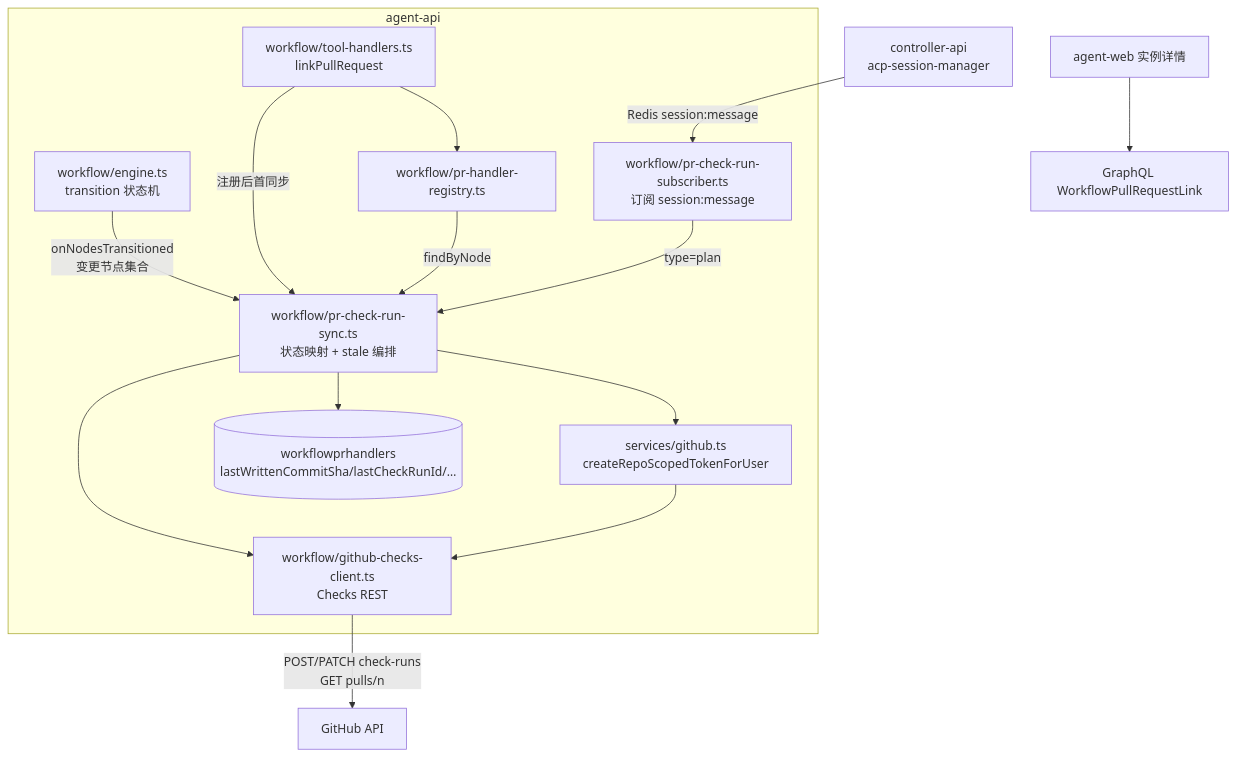
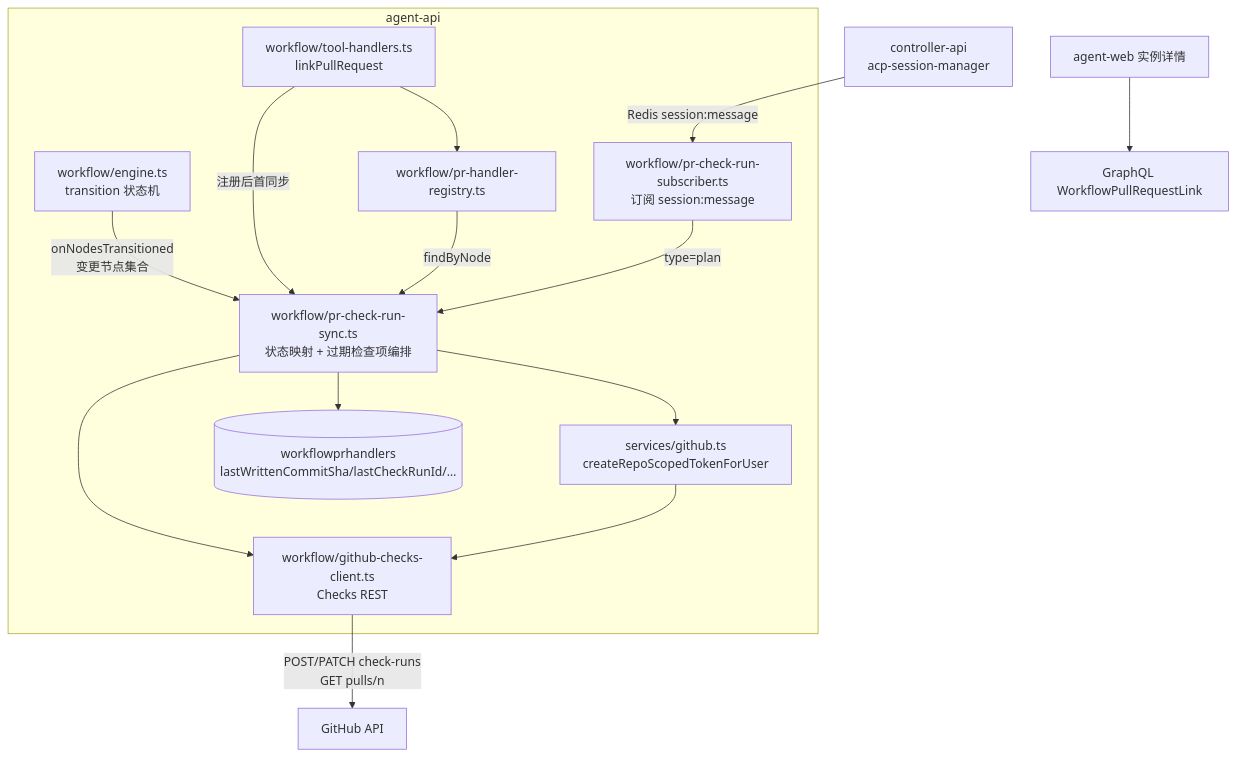
The first of 4 diagrams in docs/engineering/proposals/20261025-feat-workflow-check-runs-sync.md (Deliay/z-agent-gear), drawn with Mermaid before and after one commit. The commit also changed other lines of this file and 11 other files, not shown here.

First line of the commit message:
fix(workflow): 不再写入 GitHub 禁止的 stale 结论并收敛过期检查项编排

````diff
--- a/docs/engineering/proposals/20261025-feat-workflow-check-runs-sync.md
+++ b/docs/engineering/proposals/20261025-feat-workflow-check-runs-sync.md
@@ -57,17 +57,17 @@
 ```mermaid
 graph TD
     subgraph agent-api
-      ENG[workflow/engine.ts<br/>transition 状态机] -->|onNodesTransitioned<br/>变更节点集合| SYNC[workflow/pr-check-run-sync.ts<br/>状态映射 + stale 编排]
+      ENG[workflow/engine.ts<br/>transition 状态机] -->|onNodesTransitioned<br/>变更节点集合| SYNC[workflow/pr-check-run-sync.ts<br/>状态映射 + 过期检查项编排]
       TH[workflow/tool-handlers.ts<br/>linkPullRequest] --> REG[workflow/pr-handler-registry.ts]
       TH -->|注册后首同步| SYNC
       REG -->|findByNode| SYNC
       SUB[workflow/pr-check-run-subscriber.ts<br/>订阅 session:message] -->|type=plan| SYNC
       SYNC --> CLI[workflow/github-checks-client.ts<br/>Checks REST]
       SYNC --> GH[services/github.ts<br/>createRepoScopedTokenForUser]
       GH --> CLI
       SYNC --> DB[(workflowprhandlers<br/>lastWrittenCommitSha/lastCheckRunId/…)]
     end
     CLI -->|POST/PATCH check-runs<br/>GET pulls/n| GITHUB[GitHub API]
     CTL[controller-api<br/>acp-session-manager] -->|Redis session:message| SUB
     AW[agent-web 实例详情] --> AG[GraphQL WorkflowPullRequestLink]
 ```
````
